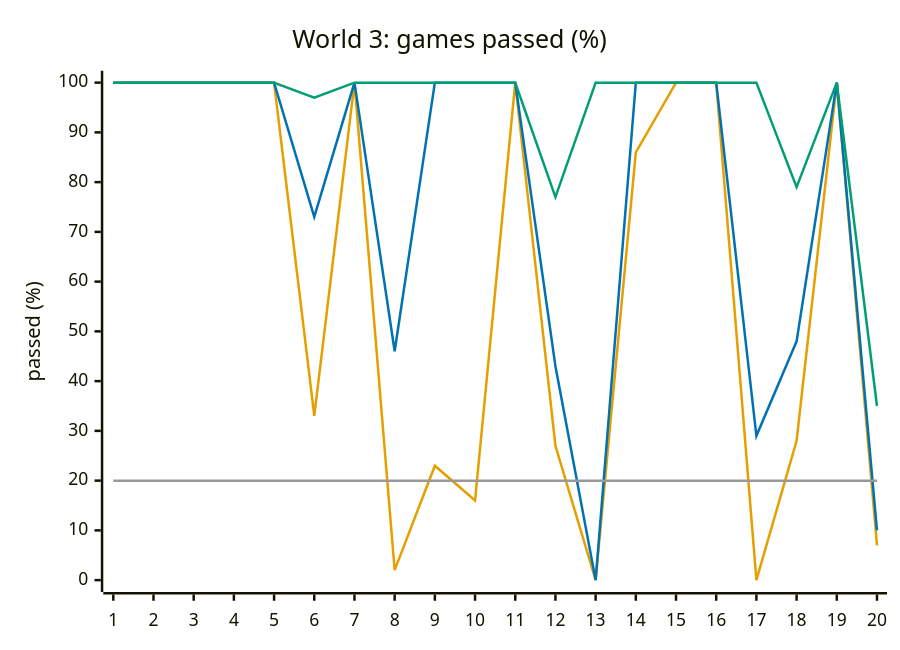
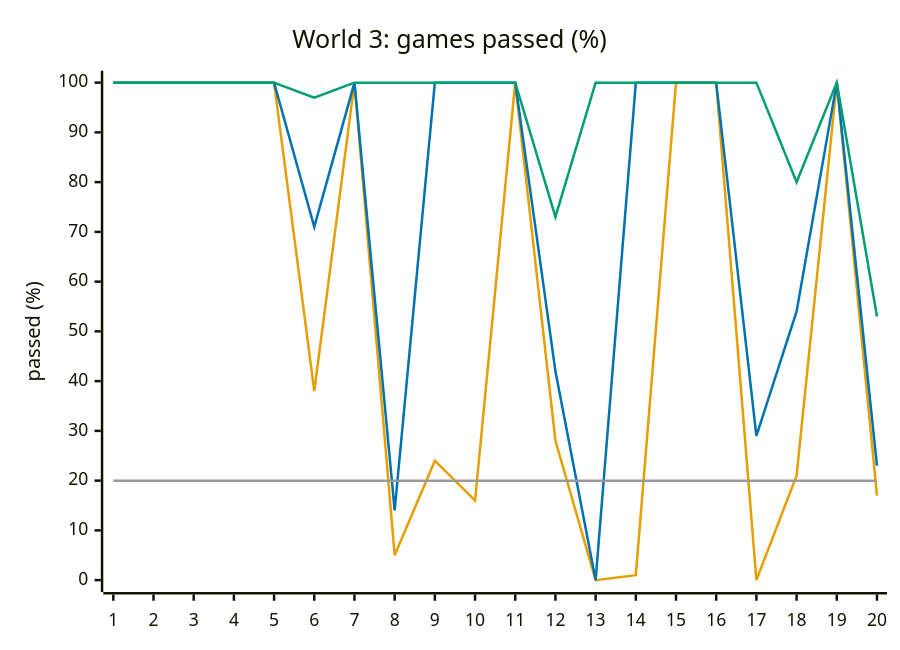
Before and after one commit to Pavelya/dots: the fifth of 8 diagrams in docs/design/difficulty.md, drawn with Mermaid. The commit also changed other lines of this file and 10 other files, not shown here.

````diff
--- a/docs/design/difficulty.md
+++ b/docs/design/difficulty.md
@@ -210,11 +222,11 @@
 ```mermaid
 %%{init: {"themeVariables": {"xyChart": {"plotColorPalette": "#E69F00, #0072B2, #009E73, #999999"}}}}%%
 xychart-beta
     title "World 3: games passed (%)"
     x-axis ["1", "2", "3", "4", "5", "6", "7", "8", "9", "10", "11", "12", "13", "14", "15", "16", "17", "18", "19", "20"]
     y-axis "passed (%)" 0 --> 100
-    line [100, 100, 100, 100, 100, 33, 100, 2, 23, 16, 100, 27, 0, 86, 100, 100, 0, 28, 100, 7]
-    line [100, 100, 100, 100, 100, 73, 100, 46, 100, 100, 100, 43, 0, 100, 100, 100, 29, 48, 100, 10]
-    line [100, 100, 100, 100, 100, 97, 100, 100, 100, 100, 100, 77, 100, 100, 100, 100, 100, 79, 100, 35]
+    line [100, 100, 100, 100, 100, 38, 100, 5, 24, 16, 100, 28, 0, 1, 100, 100, 0, 21, 100, 17]
+    line [100, 100, 100, 100, 100, 71, 100, 14, 100, 100, 100, 42, 0, 100, 100, 100, 29, 54, 100, 23]
+    line [100, 100, 100, 100, 100, 97, 100, 100, 100, 100, 100, 73, 100, 100, 100, 100, 100, 80, 100, 53]
     line [20, 20, 20, 20, 20, 20, 20, 20, 20, 20, 20, 20, 20, 20, 20, 20, 20, 20, 20, 20]
 ```
````
